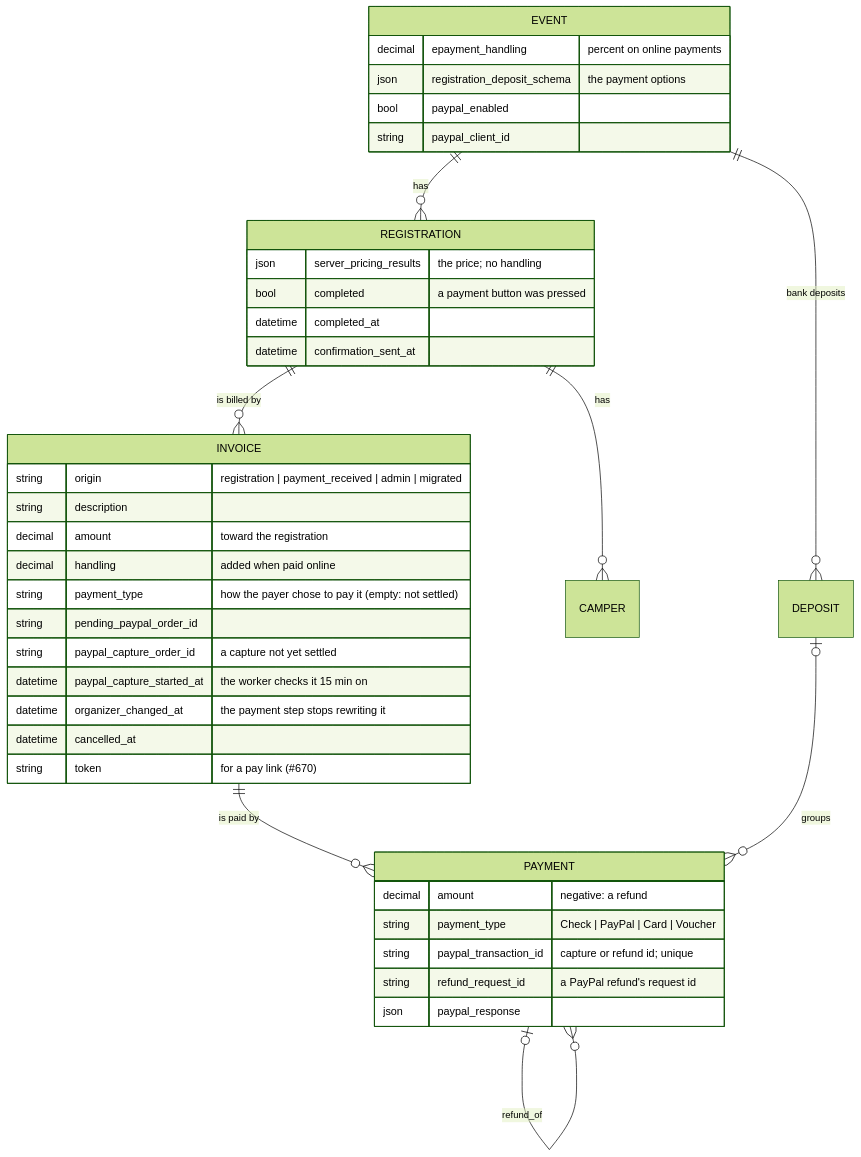
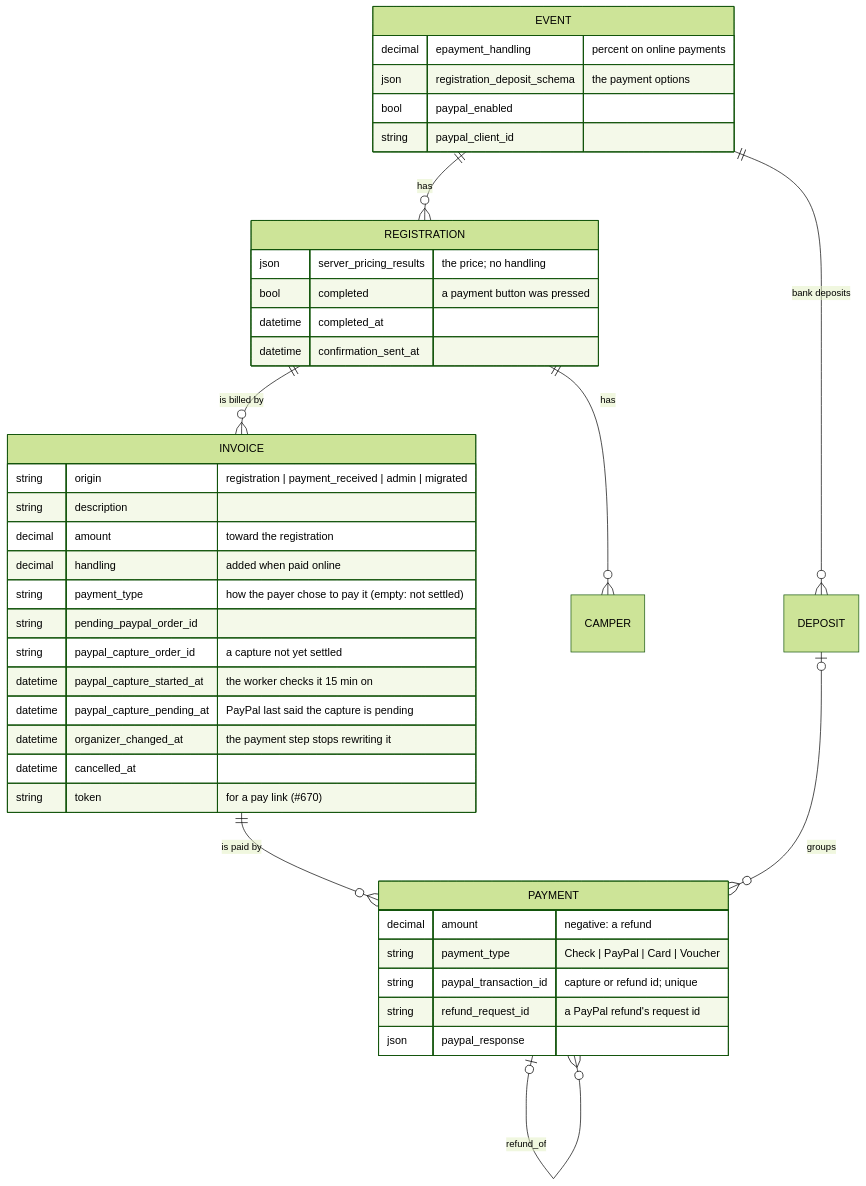
One commit to camphoric/camphoric changed the first of 12 diagrams in doc/payments.md. Above: the diagram before and after it, drawn with Mermaid (forest theme). The commit also changed other lines of this file and 29 other files, not shown here.

First line of the commit message:
fix(payments): don't book a pending PayPal capture as a payment

````diff
--- a/doc/payments.md
+++ b/doc/payments.md
@@ -43,42 +46,43 @@
 ```mermaid
 erDiagram
     EVENT ||--o{ REGISTRATION : has
     EVENT ||--o{ DEPOSIT : "bank deposits"
     REGISTRATION ||--o{ CAMPER : has
     REGISTRATION ||--o{ INVOICE : "is billed by"
     INVOICE ||--o{ PAYMENT : "is paid by"
     PAYMENT |o--o{ PAYMENT : "refund_of"
     DEPOSIT |o--o{ PAYMENT : groups
     EVENT {
         decimal epayment_handling "percent on online payments"
         json registration_deposit_schema "the payment options"
         bool paypal_enabled
         string paypal_client_id
     }
     REGISTRATION {
         json server_pricing_results "the price; no handling"
         bool completed "a payment button was pressed"
         datetime completed_at
         datetime confirmation_sent_at
     }
     INVOICE {
         string origin "registration | payment_received | admin | migrated"
         string description
         decimal amount "toward the registration"
         decimal handling "added when paid online"
         string payment_type "how the payer chose to pay it (empty: not settled)"
         string pending_paypal_order_id
         string paypal_capture_order_id "a capture not yet settled"
         datetime paypal_capture_started_at "the worker checks it 15 min on"
+        datetime paypal_capture_pending_at "PayPal last said the capture is pending"
         datetime organizer_changed_at "the payment step stops rewriting it"
         datetime cancelled_at
         string token "for a pay link (#670)"
     }
     PAYMENT {
         decimal amount "negative: a refund"
         string payment_type "Check | PayPal | Card | Voucher"
         string paypal_transaction_id "capture or refund id; unique"
         string refund_request_id "a PayPal refund's request id"
         json paypal_response
     }
 ```
````
